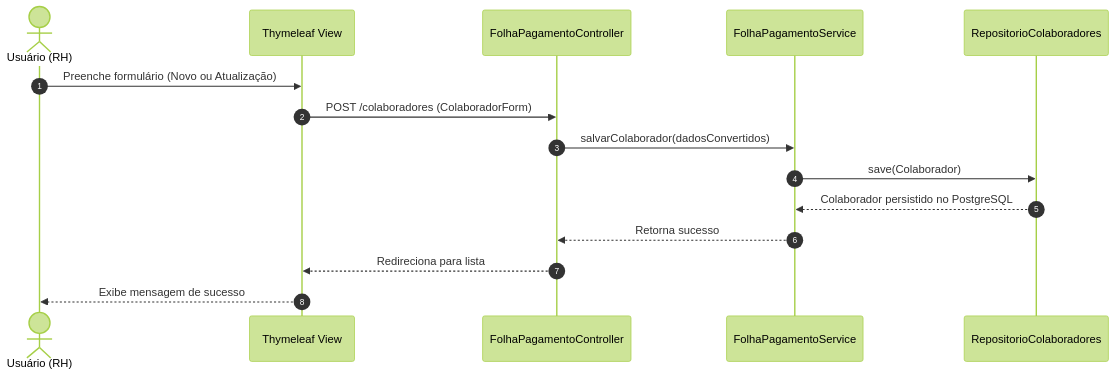
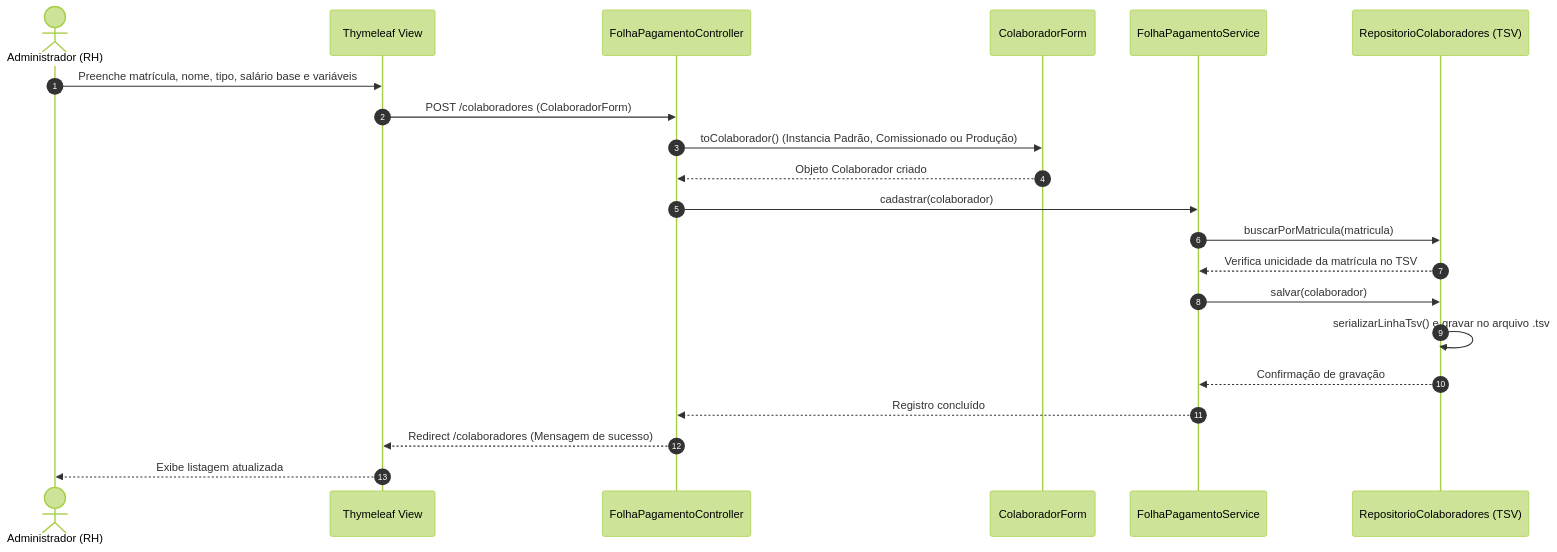
Before and after one commit to aruwer/FolhaPagamento: the third of 5 diagrams in docs/Arquitetura.md, drawn with Mermaid (forest theme). The commit also changed other lines of this file and 1 other file, not shown here.

````diff
--- a/docs/Arquitetura.md
+++ b/docs/Arquitetura.md
@@ -95,18 +166,24 @@
 ```mermaid
 sequenceDiagram
     autonumber
-    actor RH as Usuário (RH)
+    actor Admin as Administrador (RH)
     participant View as Thymeleaf View
     participant Control as FolhaPagamentoController
+    participant Form as ColaboradorForm
     participant Service as FolhaPagamentoService
-    participant Repo as RepositorioColaboradores
+    participant Repo as RepositorioColaboradores (TSV)
 
-    RH->>View: Preenche formulário (Novo ou Atualização)
+    Admin->>View: Preenche matrícula, nome, tipo, salário base e variáveis
     View->>Control: POST /colaboradores (ColaboradorForm)
-    Control->>Service: salvarColaborador(dadosConvertidos)
-    Service->>Repo: save(Colaborador)
-    Repo-->>Service: Colaborador persistido no PostgreSQL
-    Service-->>Control: Retorna sucesso
-    Control-->>View: Redireciona para lista
-    View-->>RH: Exibe mensagem de sucesso
+    Control->>Form: toColaborador() (Instancia Padrão, Comissionado ou Produção)
+    Form-->>Control: Objeto Colaborador criado
+    Control->>Service: cadastrar(colaborador)
+    Service->>Repo: buscarPorMatricula(matricula)
+    Repo-->>Service: Verifica unicidade da matrícula no TSV
+    Service->>Repo: salvar(colaborador)
+    Repo->>Repo: serializarLinhaTsv() e gravar no arquivo .tsv
+    Repo-->>Service: Confirmação de gravação
+    Service-->>Control: Registro concluído
+    Control-->>View: Redirect /colaboradores (Mensagem de sucesso)
+    View-->>Admin: Exibe listagem atualizada
 ```
````
